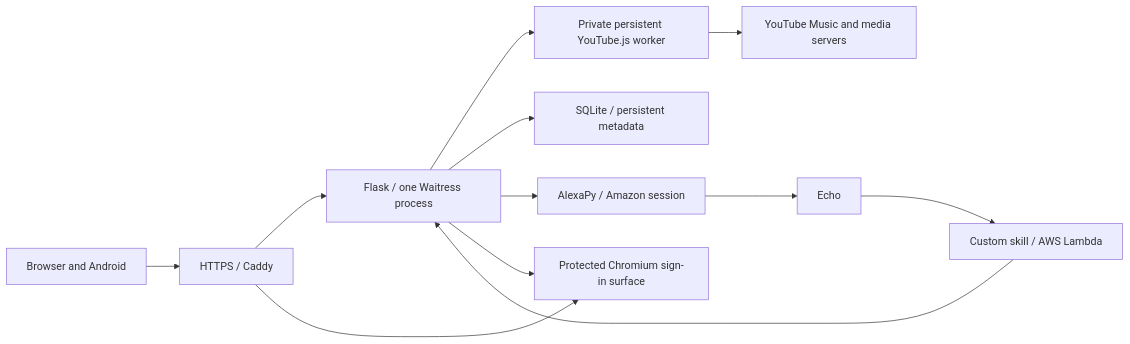
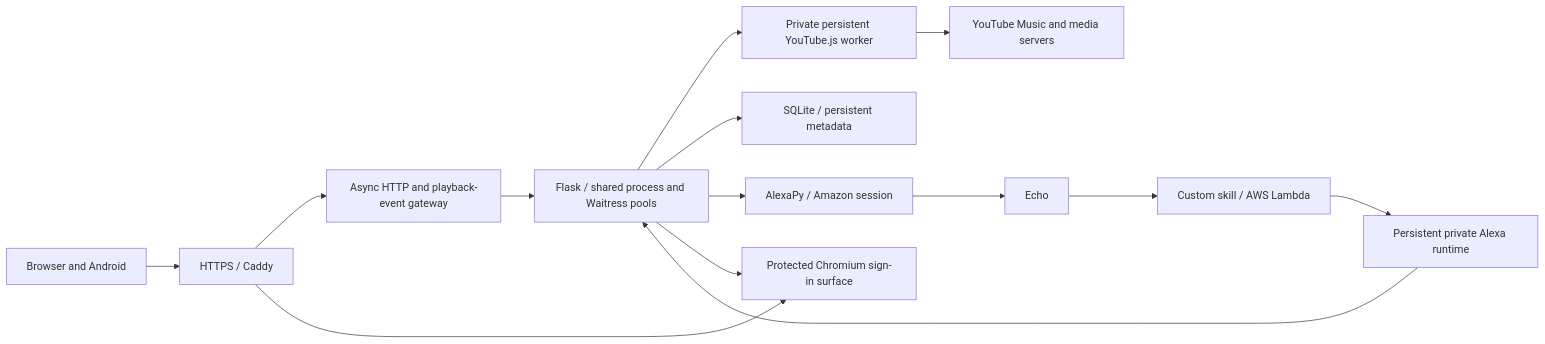
One commit to arookiecoder-ip/youtube-music-alexa-skill changed the diagram in README.md. Above: the diagram before and after it, drawn with Mermaid. The commit also changed other lines of this file and 2 other files, not shown here.

Commit message:
Record verified production rollout and current gateway/Alexa architecture

````diff
--- a/README.md
+++ b/README.md
@@ -47,14 +47,16 @@
 ```mermaid
 flowchart LR
     Clients[Browser and Android] --> Caddy[HTTPS / Caddy]
-    Caddy --> Flask[Flask / one Waitress process]
+    Caddy --> Gateway[Async HTTP and playback-event gateway]
+    Gateway --> Flask[Flask / shared process and Waitress pools]
     Flask --> Node[Private persistent YouTube.js worker]
     Node --> YouTube[YouTube Music and media servers]
     Flask --> DB[SQLite / persistent metadata]
     Flask --> Amazon[AlexaPy / Amazon session]
     Amazon --> Echo[Echo]
     Echo --> Lambda[Custom skill / AWS Lambda]
-    Lambda --> Flask
+    Lambda --> Runtime[Persistent private Alexa runtime]
+    Runtime --> Flask
     Caddy --> Browser[Protected Chromium sign-in surface]
     Flask --> Browser
 ```
````
